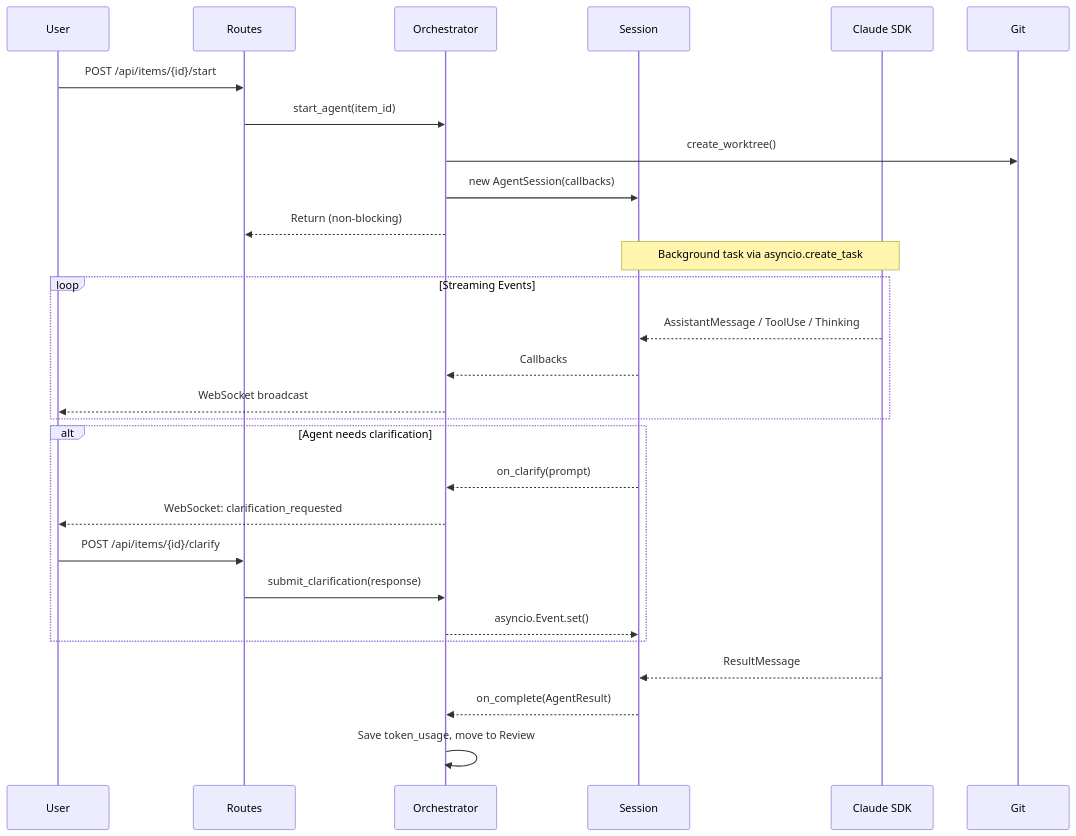
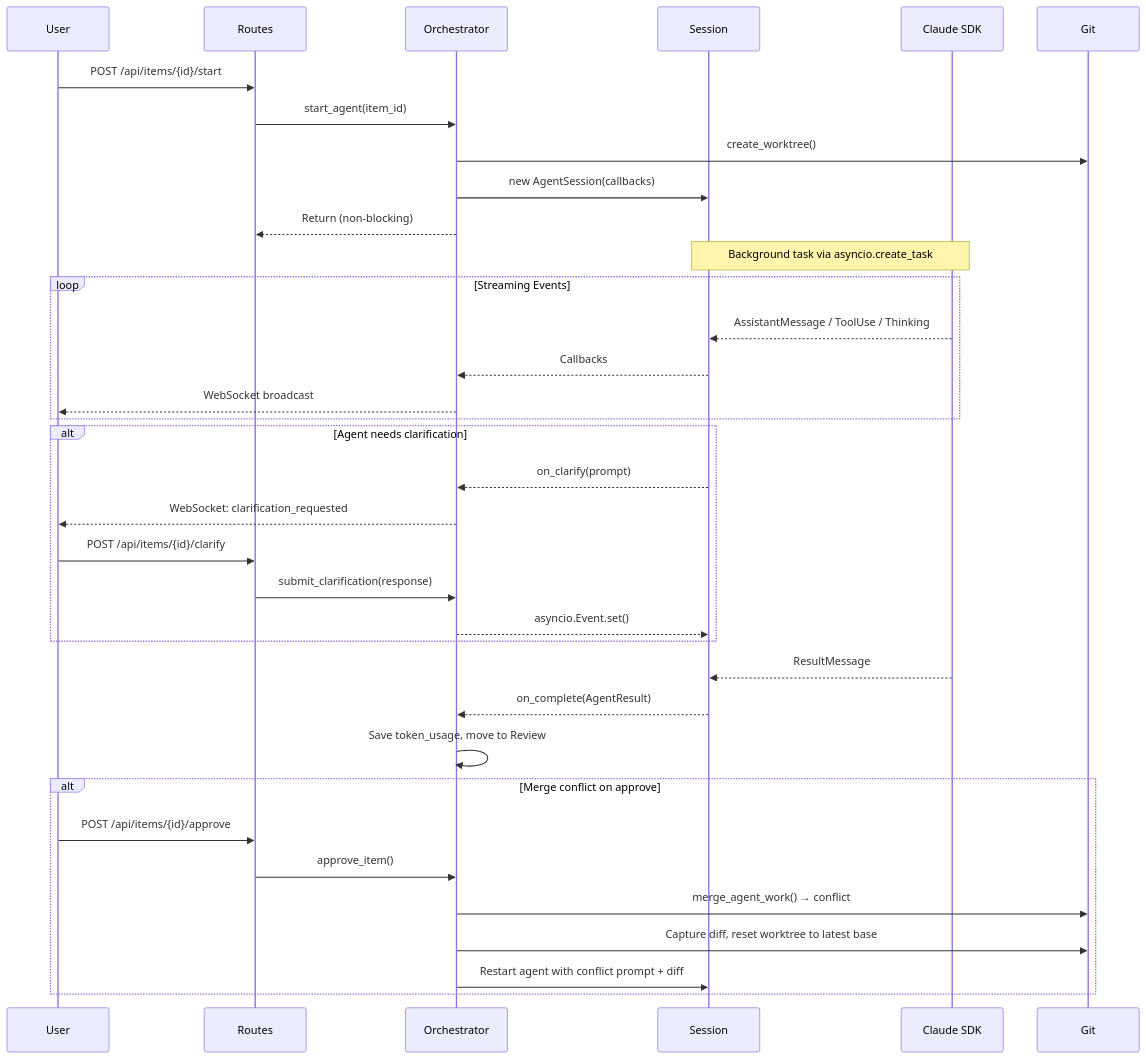
The second of 3 diagrams in CLAUDE.md (epatel/claude-agents-dashboard), drawn with Mermaid before and after one commit. The commit also changed other lines of this file and 2 other files, not shown here.

Commit message:
Update ASSESSMENT_CODE.md, README.md, and CLAUDE.md for merge conflict auto-resolution feature

````diff
--- a/CLAUDE.md
+++ b/CLAUDE.md
@@ -108,35 +108,43 @@
 ```mermaid
 sequenceDiagram
     participant User
     participant Routes
     participant Orchestrator
     participant Session
     participant SDK as Claude SDK
     participant Git
 
     User->>Routes: POST /api/items/{id}/start
     Routes->>Orchestrator: start_agent(item_id)
     Orchestrator->>Git: create_worktree()
     Orchestrator->>Session: new AgentSession(callbacks)
     Orchestrator-->>Routes: Return (non-blocking)
 
     Note over Session,SDK: Background task via asyncio.create_task
 
     loop Streaming Events
         SDK-->>Session: AssistantMessage / ToolUse / Thinking
         Session-->>Orchestrator: Callbacks
         Orchestrator-->>User: WebSocket broadcast
     end
 
     alt Agent needs clarification
         Session-->>Orchestrator: on_clarify(prompt)
         Orchestrator-->>User: WebSocket: clarification_requested
         User->>Routes: POST /api/items/{id}/clarify
         Routes->>Orchestrator: submit_clarification(response)
         Orchestrator-->>Session: asyncio.Event.set()
     end
 
     SDK-->>Session: ResultMessage
     Session-->>Orchestrator: on_complete(AgentResult)
     Orchestrator->>Orchestrator: Save token_usage, move to Review
+
+    alt Merge conflict on approve
+        User->>Routes: POST /api/items/{id}/approve
+        Routes->>Orchestrator: approve_item()
+        Orchestrator->>Git: merge_agent_work() → conflict
+        Orchestrator->>Git: Capture diff, reset worktree to latest base
+        Orchestrator->>Session: Restart agent with conflict prompt + diff
+    end
 ```
````
